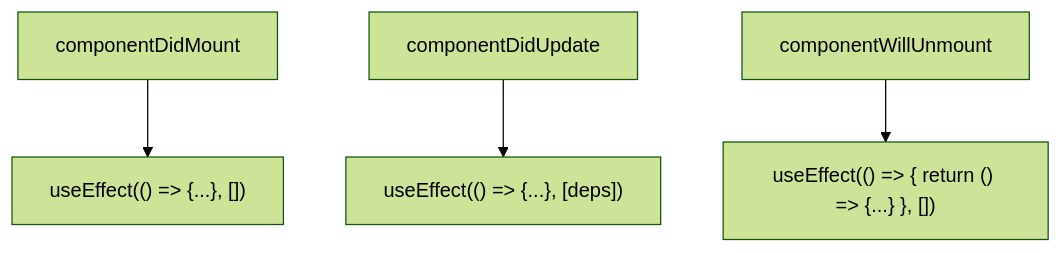
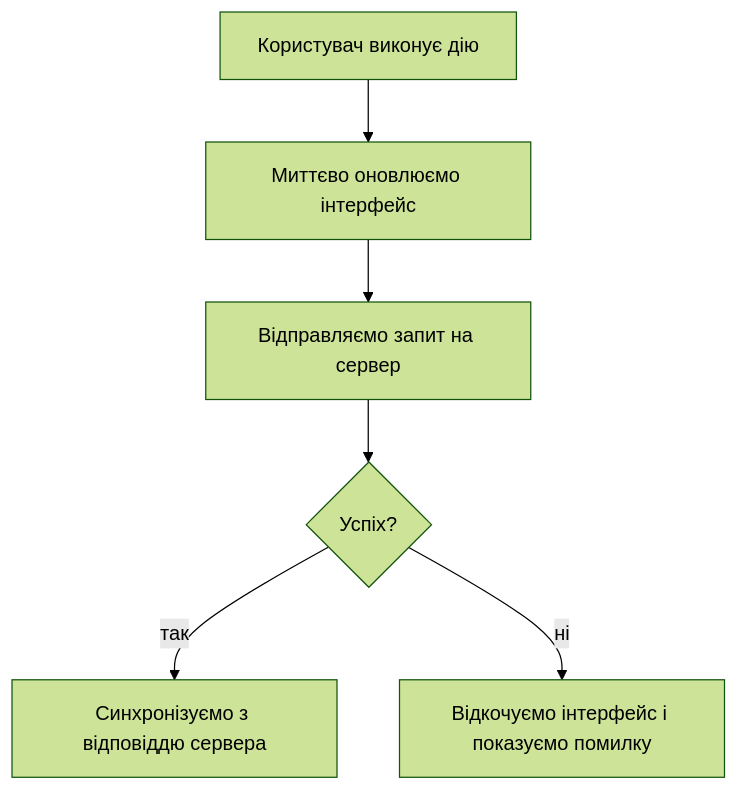
Before and after one commit to olroi421/course-web: the seventh of 7 diagrams in lectures/lecture-10.md, drawn with Mermaid (forest theme). The commit also changed other lines of this file and 30 other files, not shown here.

````diff
--- a/lectures/lecture-10.md
+++ b/lectures/lecture-10.md
@@ -460,6 +2468,8 @@
 ```mermaid
-graph TB
-    A[componentDidMount] --> B["useEffect(() => {...}, [])"]
-    C[componentDidUpdate] --> D["useEffect(() => {...}, [deps])"]
-    E[componentWillUnmount] --> F["useEffect(() => { return () => {...} }, [])"]
+flowchart TD
+    A[Користувач виконує дію] --> B[Миттєво оновлюємо інтерфейс]
+    B --> C[Відправляємо запит на сервер]
+    C --> D{Успіх?}
+    D -->|так| E[Синхронізуємо з відповіддю сервера]
+    D -->|ні| F[Відкочуємо інтерфейс і показуємо помилку]
 ```
````
